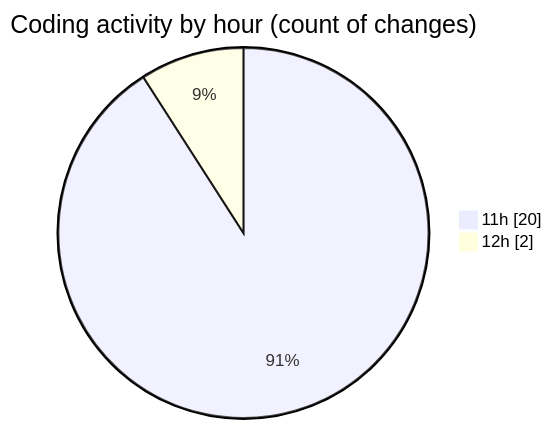
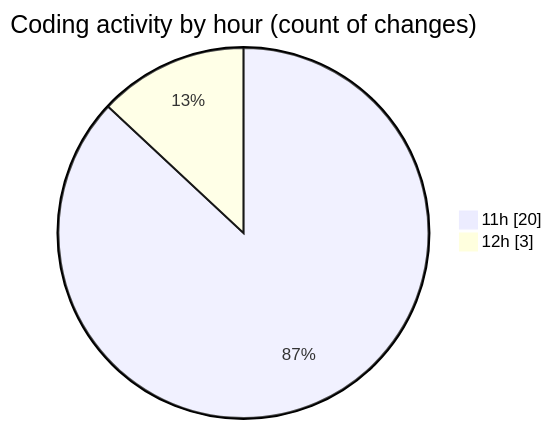
Before and after one commit to robertbonfada/code-tracking: the second of 2 diagrams in 2025-01-31/audiobooks-web/README.md, drawn with Mermaid. The commit also changed other lines of this file and 1 other file, not shown here.

````diff
--- a/2025-01-31/audiobooks-web/README.md
+++ b/2025-01-31/audiobooks-web/README.md
@@ -40,6 +40,6 @@
 ```mermaid
 pie showData
 title Coding activity by hour (count of changes)
 "11h" : 20
-"12h" : 2
+"12h" : 3
 ```
````
